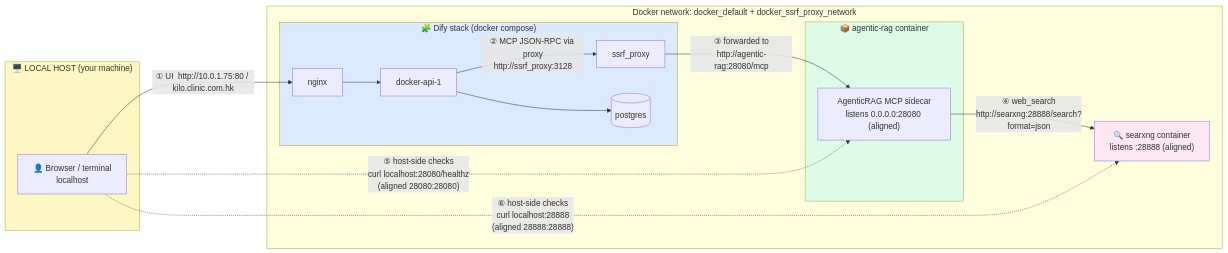
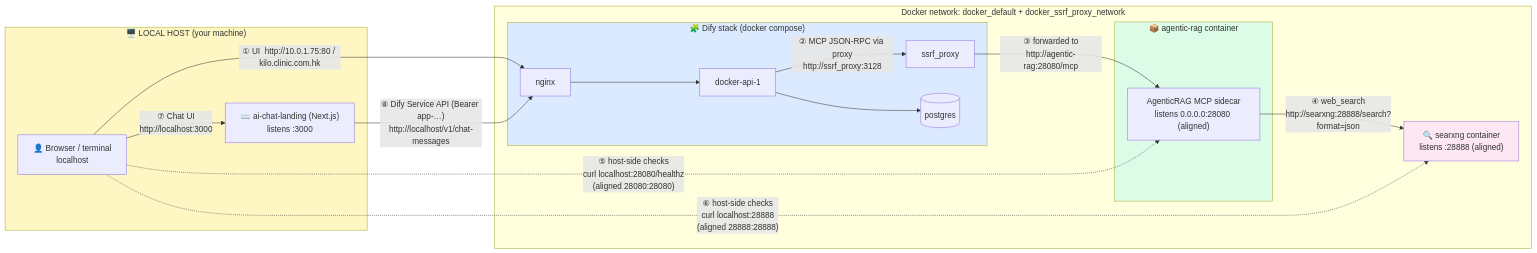
The diagram in docs/NETWORK.md (rlaisw/AGIAssistant), drawn with Mermaid before and after one commit. The commit also changed other lines of this file and 110 other files, not shown here.

Commit message:
Add ai-chat-landing Chat UI (Next.js + shadcn/Base UI) wired to the Dify chatflow; update docs, AGENTS guidance, and graphify graph

````diff
--- a/docs/NETWORK.md
+++ b/docs/NETWORK.md
@@ -7,36 +7,39 @@
 ```mermaid
 flowchart LR
     subgraph HOST["🖥️ LOCAL HOST (your machine)"]
         BROWSER["👤 Browser / terminal<br/>localhost"]
+        CHATUI["⌨️ ai-chat-landing (Next.js)<br/>listens :3000"]
     end
 
     subgraph DIFYNET["Docker network: docker_default + docker_ssrf_proxy_network"]
         subgraph DIFY["🧩 Dify stack (docker compose)"]
             NGINX["nginx"]
             API["docker-api-1"]
             SSRF["ssrf_proxy"]
             PG[("postgres")]
         end
 
         subgraph RAG["📦 agentic-rag container"]
             SIDECAR["AgenticRAG MCP sidecar<br/>listens 0.0.0.0:28080 (aligned)"]
         end
 
         SEARXNG["🔍 searxng container<br/>listens :28888 (aligned)"]
     end
 
     BROWSER -- "① UI  http://10.0.1.75:80 / kilo.clinic.com.hk" --> NGINX
     NGINX --> API
     API --> PG
     API -- "② MCP JSON-RPC via proxy<br/>http://ssrf_proxy:3128" --> SSRF
     SSRF -- "③ forwarded to<br/>http://agentic-rag:28080/mcp" --> SIDECAR
     SIDECAR -- "④ web_search<br/>http://searxng:28888/search?format=json" --> SEARXNG
 
     BROWSER -. "⑤ host-side checks<br/>curl localhost:28080/healthz<br/>(aligned 28080:28080)" .-> SIDECAR
     BROWSER -. "⑥ host-side checks<br/>curl localhost:28888<br/>(aligned 28888:28888)" .-> SEARXNG
+    BROWSER -- "⑦ Chat UI<br/>http://localhost:3000" --> CHATUI
+    CHATUI -- "⑧ Dify Service API (Bearer app-…)<br/>http://localhost/v1/chat-messages" --> NGINX
 
     style HOST fill:#fef7c3
     style DIFY fill:#dbeafe
     style RAG fill:#dcfce7
     style SEARXNG fill:#fce7f3
 ```
````
